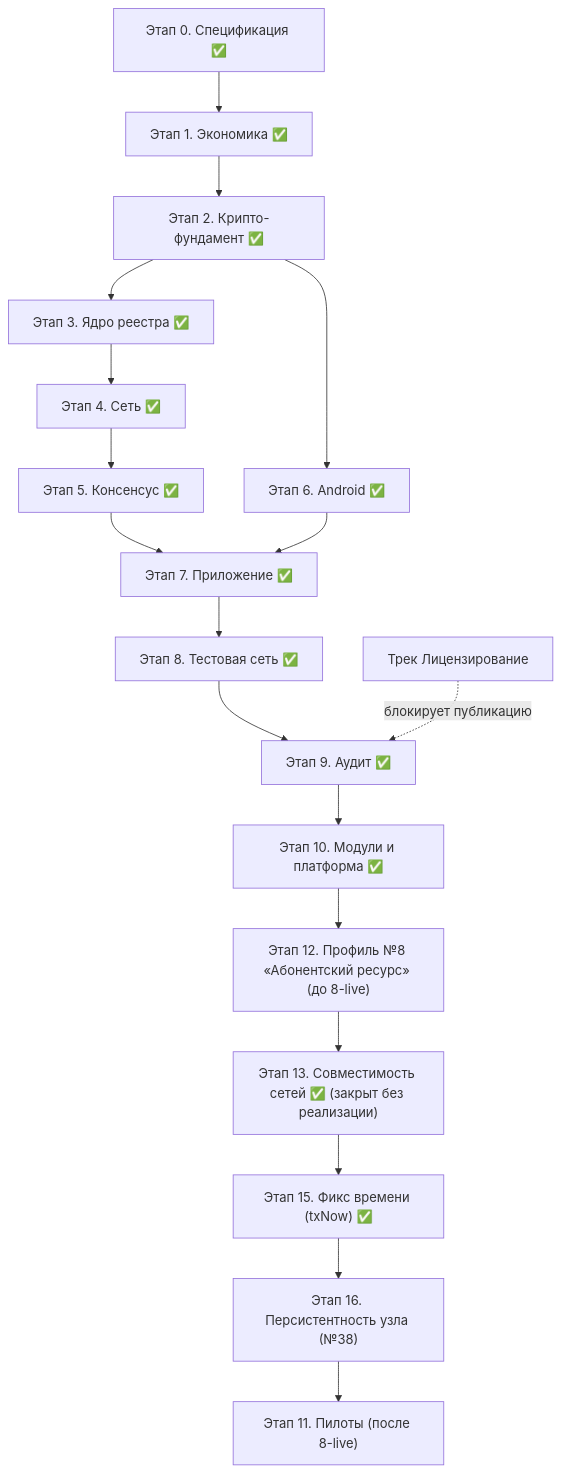
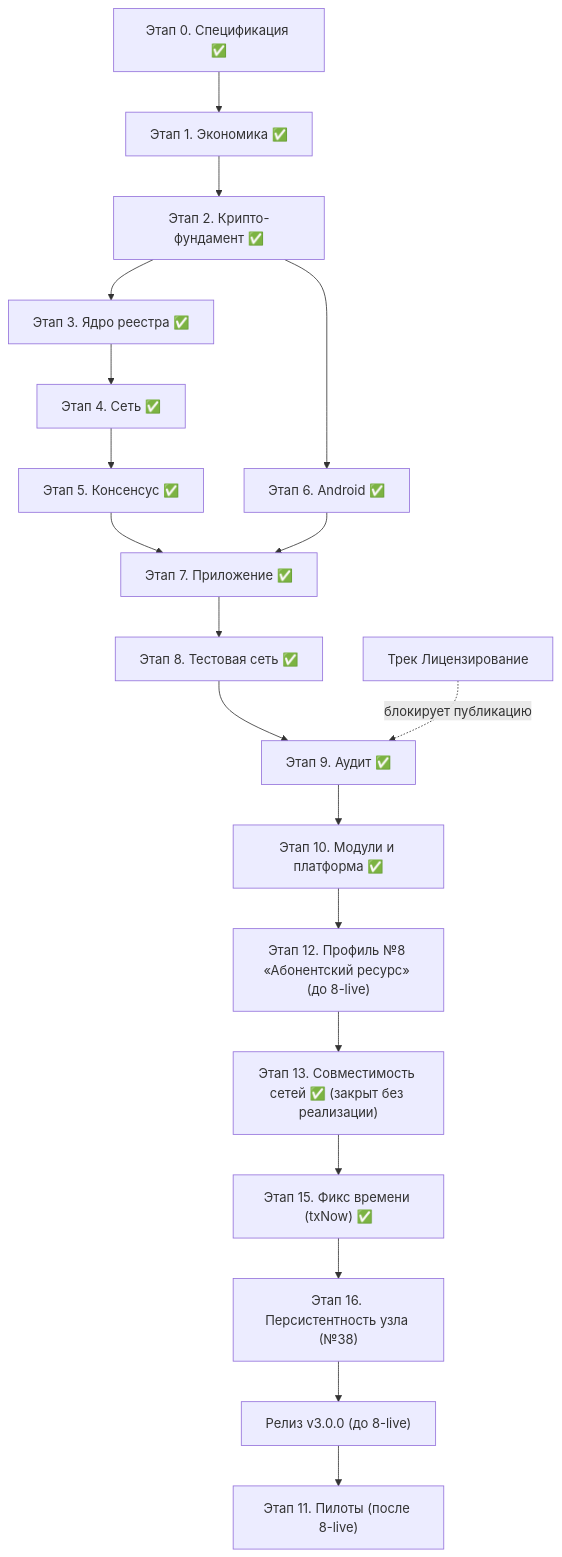
One commit to rumatakira74/equality-trust-networks changed the diagram in docs/development-plan.md. Above: the diagram before and after it, drawn with Mermaid. The commit also changed other lines of this file, not shown here.

Commit message:
план: релиз v3.0.0 перед блоком 8-live (решение владельца) — секция, mermaid S17, шапка

````diff
--- a/docs/development-plan.md
+++ b/docs/development-plan.md
@@ -313,20 +326,21 @@
 ```mermaid
 flowchart TD
     S0["Этап 0. Спецификация ✅"] --> S1["Этап 1. Экономика ✅"]
     S1 --> S2["Этап 2. Крипто-фундамент ✅"]
     S2 --> S3["Этап 3. Ядро реестра ✅"]
     S3 --> S4["Этап 4. Сеть ✅"]
     S4 --> S5["Этап 5. Консенсус ✅"]
     S2 --> S6["Этап 6. Android ✅"]
     S5 --> S7["Этап 7. Приложение ✅"]
     S6 --> S7
     S7 --> S8["Этап 8. Тестовая сеть ✅"]
     S8 --> S9["Этап 9. Аудит ✅"]
     S9 --> S10["Этап 10. Модули и платформа ✅"]
     S10 --> S12["Этап 12. Профиль №8 «Абонентский ресурс» (до 8-live)"]
     S12 --> S13["Этап 13. Совместимость сетей ✅ (закрыт без реализации)"]
     S13 --> S15["Этап 15. Фикс времени (txNow) ✅"]
     S15 --> S16["Этап 16. Персистентность узла (№38)"]
-    S16 --> S11["Этап 11. Пилоты (после 8-live)"]
+    S16 --> S17["Релиз v3.0.0 (до 8-live)"]
+    S17 --> S11["Этап 11. Пилоты (после 8-live)"]
     L["Трек Лицензирование"] -. "блокирует публикацию" .-> S9
 ```
````
